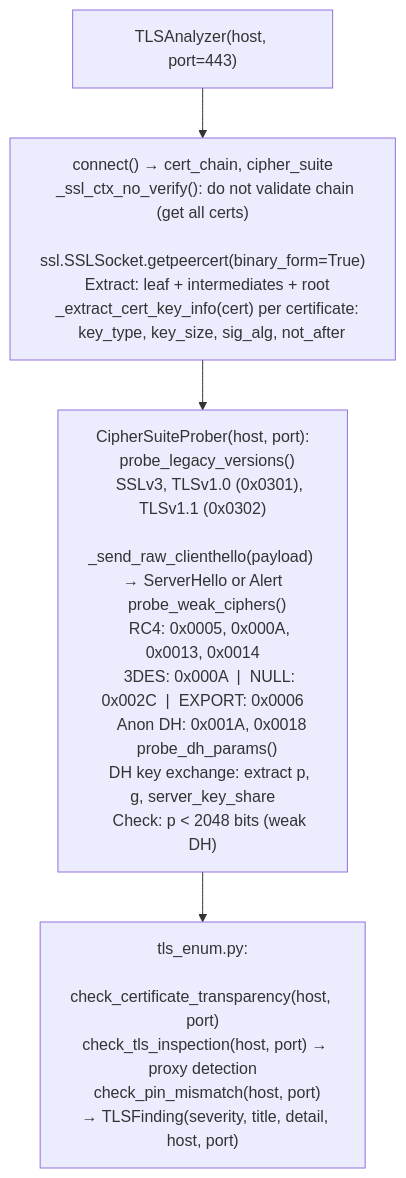
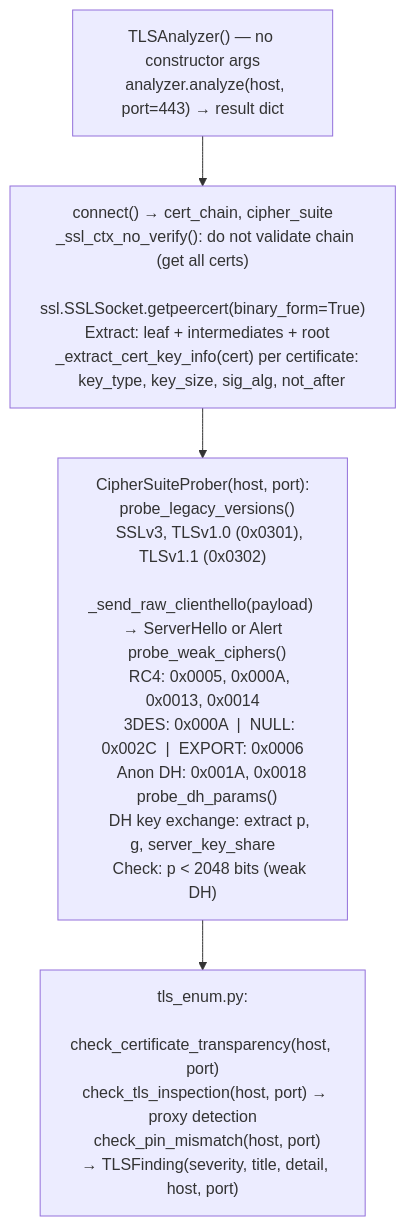
One commit to Ablation-Tool/ablation changed the diagram in docs/reference-modules/tls-certificate-and-protocol-probing.md. Above: the diagram before and after it, drawn with Mermaid. The commit also changed 8 other files, not shown here.

````diff
--- a/docs/reference-modules/tls-certificate-and-protocol-probing.md
+++ b/docs/reference-modules/tls-certificate-and-protocol-probing.md
@@ -19,6 +19,6 @@
 ```mermaid
 flowchart TD
-    A["TLSAnalyzer(host, port=443)"] --> B["connect() → cert_chain, cipher_suite\n  _ssl_ctx_no_verify(): do not validate chain (get all certs)\n  ssl.SSLSocket.getpeercert(binary_form=True)\n  Extract: leaf + intermediates + root\n  _extract_cert_key_info(cert) per certificate:\n    key_type, key_size, sig_alg, not_after"]
+    A["TLSAnalyzer() — no constructor args\n  analyzer.analyze(host, port=443) → result dict"] --> B["connect() → cert_chain, cipher_suite\n  _ssl_ctx_no_verify(): do not validate chain (get all certs)\n  ssl.SSLSocket.getpeercert(binary_form=True)\n  Extract: leaf + intermediates + root\n  _extract_cert_key_info(cert) per certificate:\n    key_type, key_size, sig_alg, not_after"]
     B --> C["CipherSuiteProber(host, port):\n  probe_legacy_versions()\n    SSLv3, TLSv1.0 (0x0301), TLSv1.1 (0x0302)\n    _send_raw_clienthello(payload) → ServerHello or Alert\n  probe_weak_ciphers()\n    RC4: 0x0005, 0x000A, 0x0013, 0x0014\n    3DES: 0x000A  |  NULL: 0x002C  |  EXPORT: 0x0006\n    Anon DH: 0x001A, 0x0018\n  probe_dh_params()\n    DH key exchange: extract p, g, server_key_share\n    Check: p < 2048 bits (weak DH)"]
     C --> D["tls_enum.py:\n  check_certificate_transparency(host, port)\n  check_tls_inspection(host, port) → proxy detection\n  check_pin_mismatch(host, port)\n  → TLSFinding(severity, title, detail, host, port)"]
 ```
````
